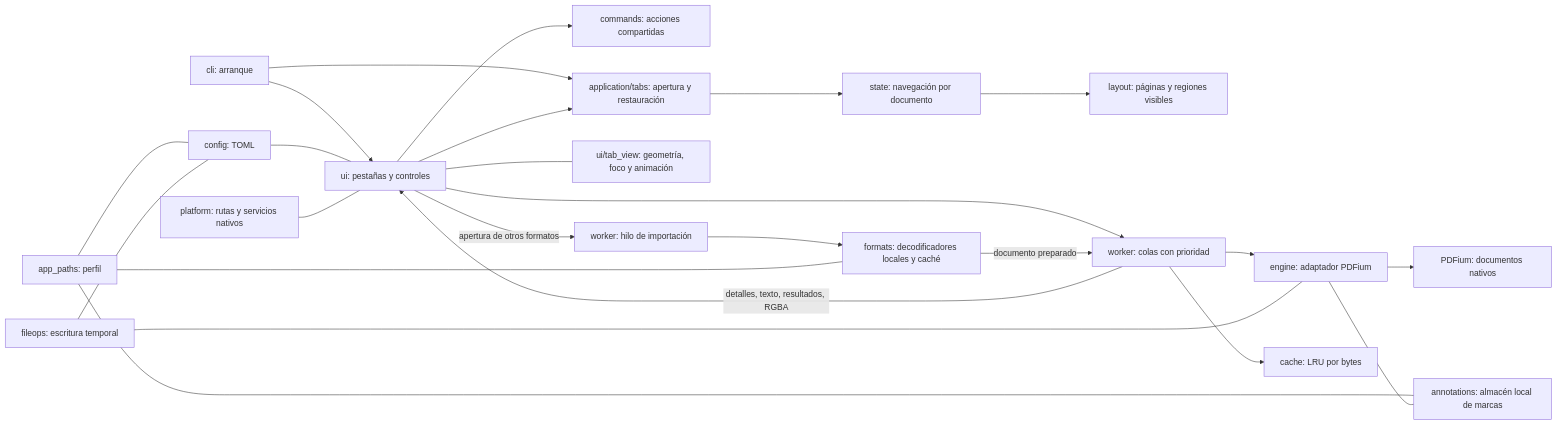
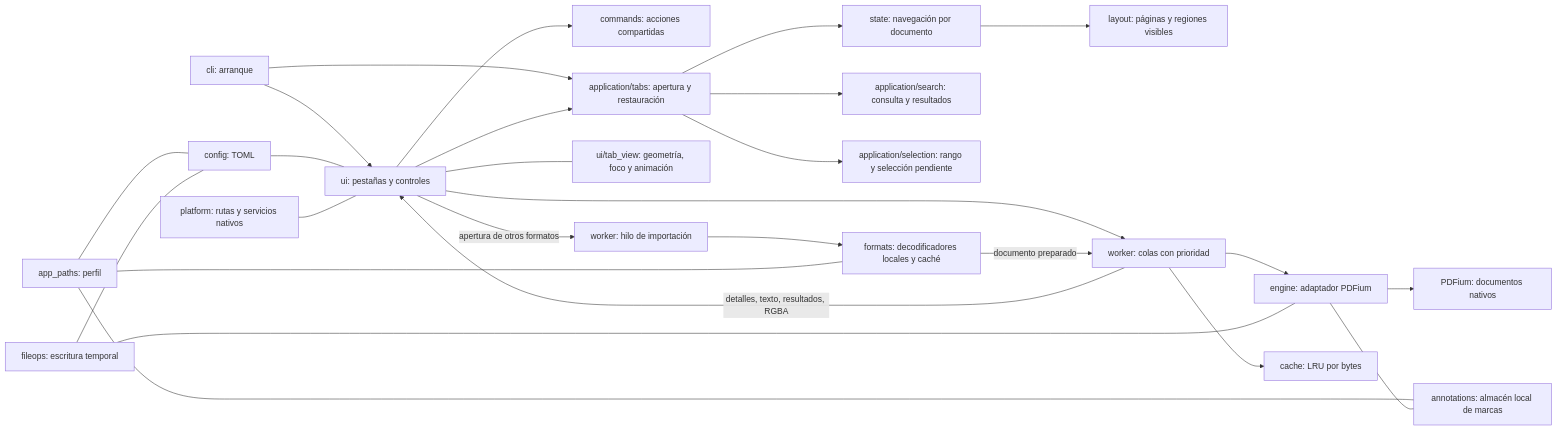
Before and after one commit to MHAlberto/crabpdf: the diagram in docs/ARCHITECTURE.md, drawn with Mermaid. The commit also changed other lines of this file and 7 other files, not shown here.

````diff
--- a/docs/ARCHITECTURE.md
+++ b/docs/ARCHITECTURE.md
@@ -9,26 +9,28 @@
 ```mermaid
 flowchart LR
     CLI[cli: arranque] --> UI[ui: pestañas y controles]
     UI --> Commands[commands: acciones compartidas]
     CLI --> Tabs[application/tabs: apertura y restauración]
     UI --> Tabs
     Tabs --> State[state: navegación por documento]
+    Tabs --> Search[application/search: consulta y resultados]
+    Tabs --> Selection[application/selection: rango y selección pendiente]
     UI --- View[ui/tab_view: geometría, foco y animación]
     State --> Layout[layout: páginas y regiones visibles]
     UI --> Worker[worker: colas con prioridad]
     UI -->|apertura de otros formatos| Import[worker: hilo de importación]
     Import --> Formats[formats: decodificadores locales y caché]
     Formats -->|documento preparado| Worker
     Worker --> Engine[engine: adaptador PDFium]
     Engine --> PDF[PDFium: documentos nativos]
     Worker --> Cache[cache: LRU por bytes]
     Worker -->|detalles, texto, resultados, RGBA| UI
     Config[config: TOML] --- UI
     Paths[app_paths: perfil] --- Config
     Paths --- Formats
     Paths --- Marks
     Files[fileops: escritura temporal] --- Config
     Files --- Engine
     Engine --- Marks[annotations: almacén local de marcas]
     Platform[platform: rutas y servicios nativos] --- UI
 ```
````
